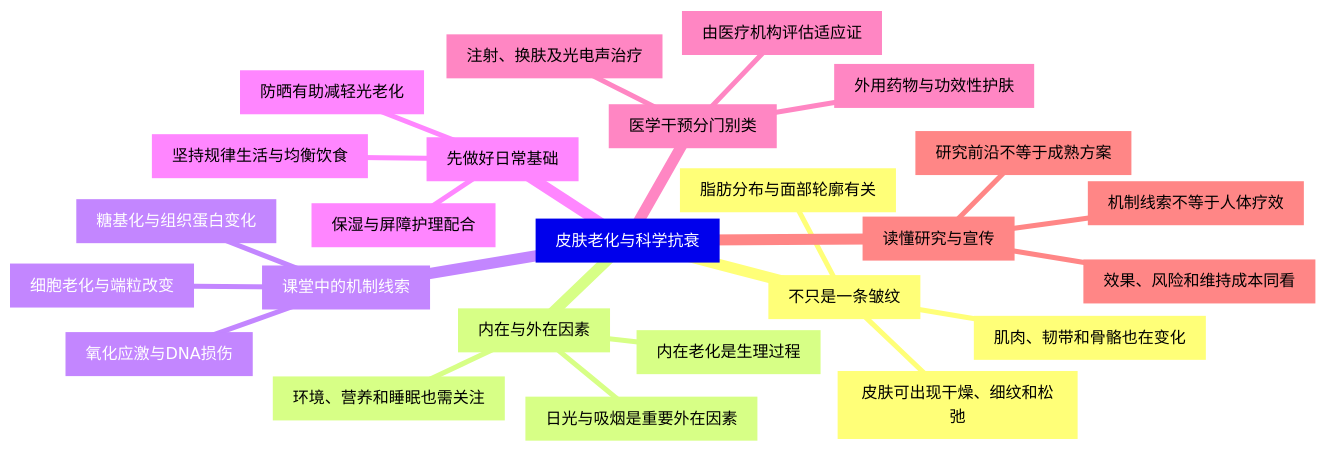
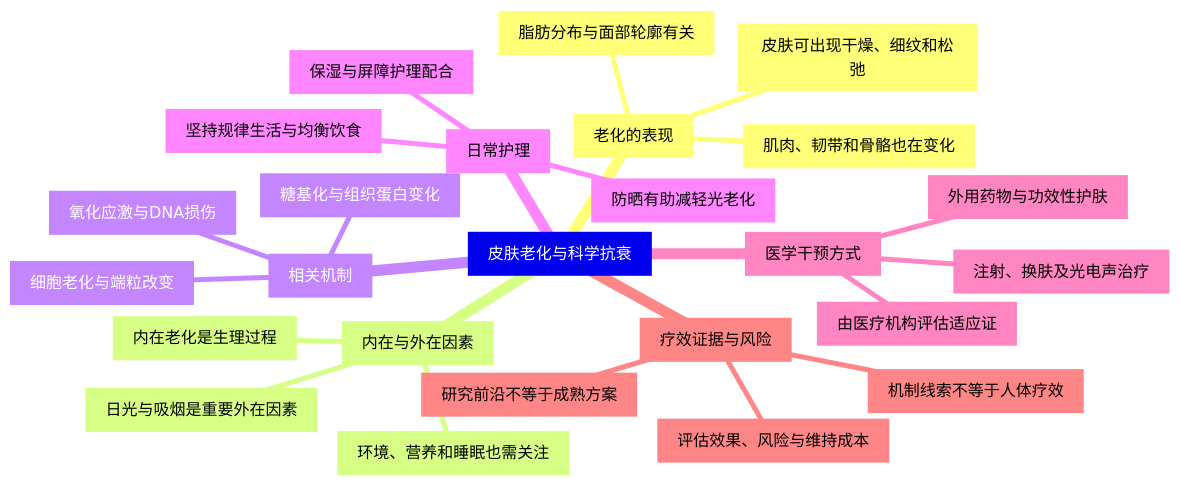
One commit to hanson2017ear/skin-barrier-skincare-course changed the diagram in docs/assets/lessons/skin-aging.mmd. Above: the diagram before and after it, drawn with Mermaid. The commit also changed 40 other files, not shown here.

Commit message:
Simplify course notes copy, mindmap labels and reference reading layout

```diff
--- a/docs/assets/lessons/skin-aging.mmd
+++ b/docs/assets/lessons/skin-aging.mmd
@@ -1,26 +1,26 @@
 mindmap
   root["皮肤老化与科学抗衰"]
-    b1["不只是一条皱纹"]
+    b1["老化的表现"]
       b1n1["皮肤可出现干燥、细纹和松弛"]
       b1n2["脂肪分布与面部轮廓有关"]
       b1n3["肌肉、韧带和骨骼也在变化"]
     b2["内在与外在因素"]
       b2n1["内在老化是生理过程"]
       b2n2["日光与吸烟是重要外在因素"]
       b2n3["环境、营养和睡眠也需关注"]
-    b3["课堂中的机制线索"]
+    b3["相关机制"]
       b3n1["氧化应激与DNA损伤"]
       b3n2["细胞老化与端粒改变"]
       b3n3["糖基化与组织蛋白变化"]
-    b4["先做好日常基础"]
+    b4["日常护理"]
       b4n1["防晒有助减轻光老化"]
       b4n2["保湿与屏障护理配合"]
       b4n3["坚持规律生活与均衡饮食"]
-    b5["医学干预分门别类"]
+    b5["医学干预方式"]
       b5n1["外用药物与功效性护肤"]
       b5n2["注射、换肤及光电声治疗"]
       b5n3["由医疗机构评估适应证"]
-    b6["读懂研究与宣传"]
+    b6["疗效证据与风险"]
       b6n1["机制线索不等于人体疗效"]
       b6n2["研究前沿不等于成熟方案"]
-      b6n3["效果、风险和维持成本同看"]
+      b6n3["评估效果、风险与维持成本"]
```
